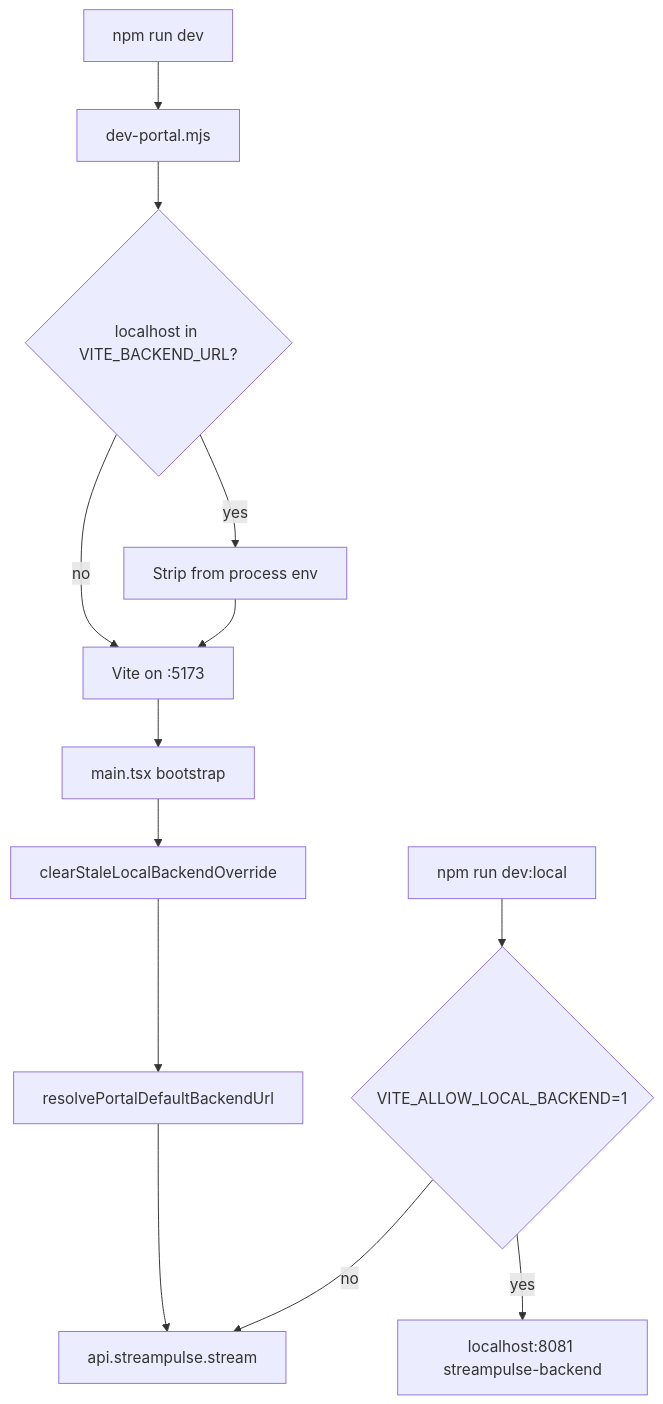
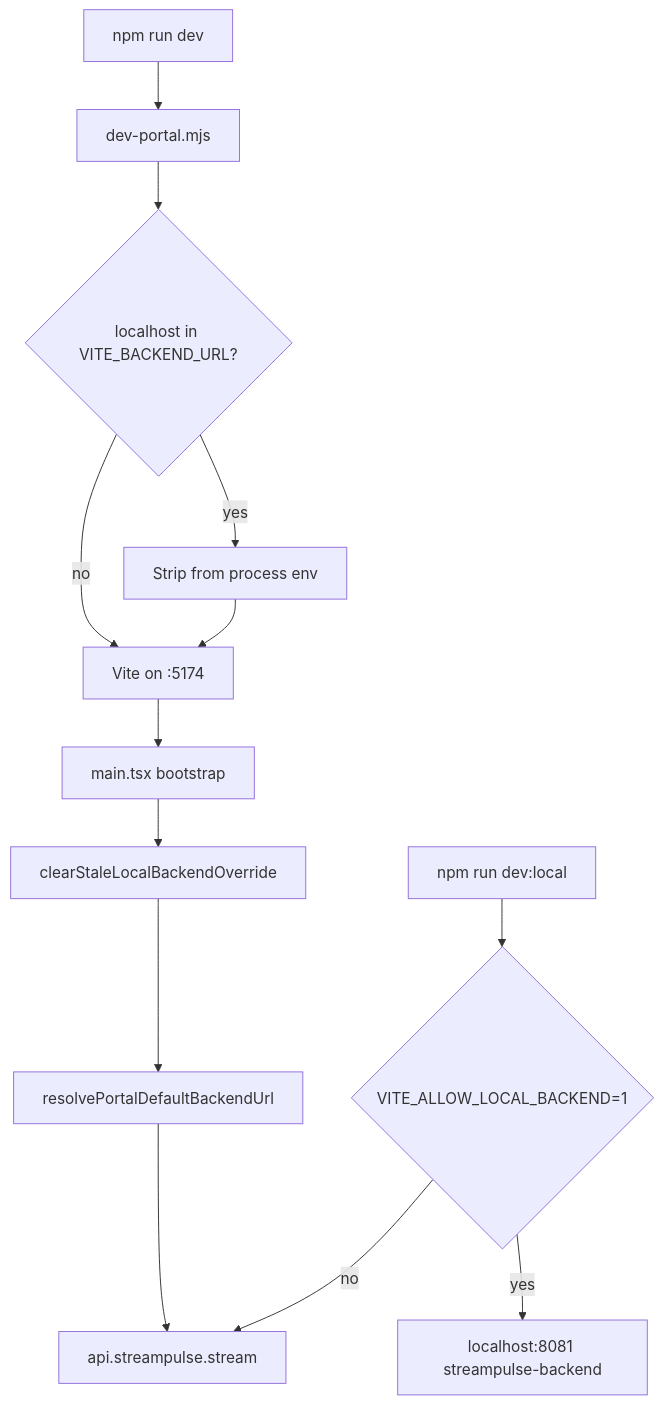
One commit to Aron-Chu/streamclone-pulse changed the diagram in docs/website-portal/local-dev-runbook.md. Above: the diagram before and after it, drawn with Mermaid. The commit also changed other lines of this file and 71 other files, not shown here.

````diff
--- a/docs/website-portal/local-dev-runbook.md
+++ b/docs/website-portal/local-dev-runbook.md
@@ -77,15 +88,15 @@
 ```mermaid
 flowchart TD
   start[npm run dev] --> devPortal[dev-portal.mjs]
   devPortal --> stripLocal{localhost in VITE_BACKEND_URL?}
   stripLocal -->|yes| drop[Strip from process env]
-  stripLocal -->|no| vite[Vite on :5173]
+  stripLocal -->|no| vite[Vite on :5174]
   drop --> vite
   vite --> boot[main.tsx bootstrap]
   boot --> clearOverride[clearStaleLocalBackendOverride]
   clearOverride --> resolve[resolvePortalDefaultBackendUrl]
   resolve --> hosted[api.streampulse.stream]
   devLocal[npm run dev:local] --> allowFlag{VITE_ALLOW_LOCAL_BACKEND=1}
   allowFlag -->|yes| local8081[localhost:8081 streampulse-backend]
   allowFlag -->|no| hosted
 ```
````
